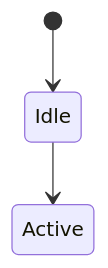
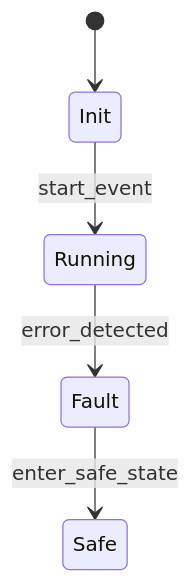
Before and after one commit to gsaurabhr-teaching/cs-g523-project-template: the diagram in docs/sections/uml-statecharts.md, drawn with Mermaid. The commit also changed 1 other file, not shown here.

Commit message:
add mermaid support for UML state charts and update diagram structure

````diff
--- a/docs/sections/uml-statecharts.md
+++ b/docs/sections/uml-statecharts.md
@@ -1,5 +1,7 @@
-```mermaid
+<div class="mermaid">
 stateDiagram-v2
-[*] --> Idle
-Idle --> Active
-```
+    [*] --> Init
+    Init --> Running : start_event
+    Running --> Fault : error_detected
+    Fault --> Safe : enter_safe_state
+</div>
````
